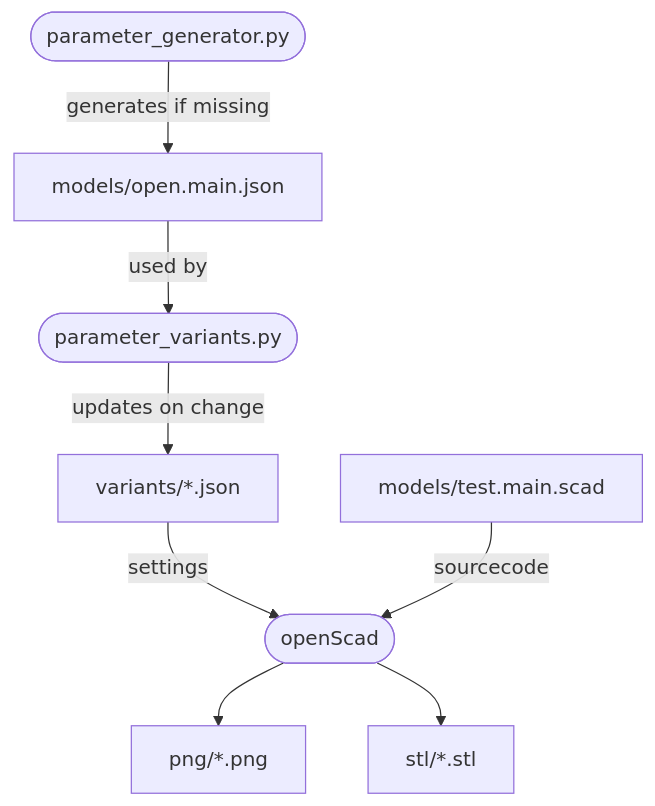
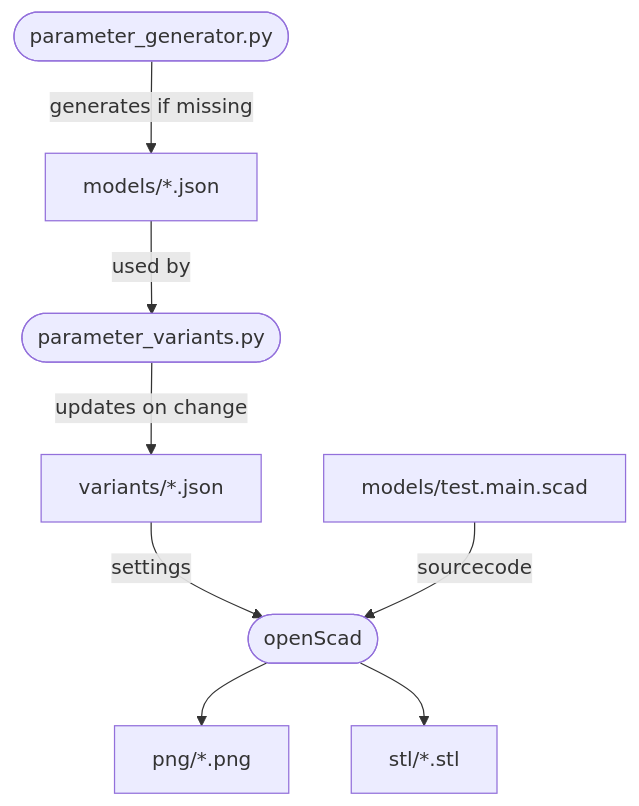
The diagram in README.md (mofosyne/openscad-makefile), drawn with Mermaid before and after one commit.

Commit message:
quick correction

````diff
--- a/README.md
+++ b/README.md
@@ -31,13 +31,13 @@
 ```mermaid
 graph TD
     paramGen(["parameter_generator.py"])     -- generates if missing  --> paramSettings
-    paramSettings["models/open.main.json"]   -- used by    --> paramVariants
+    paramSettings["models/*.json"]           -- used by    --> paramVariants
     paramVariants(["parameter_variants.py"]) -- updates on change  --> variants
     variants["variants/*.json"]              -- settings   --> scadGen
     sourcecode["models/test.main.scad"]      -- sourcecode --> scadGen
     scadGen(["openScad"])
     scadGen                                  --> png
     scadGen                                  --> stl
     png["png/*.png"];
     stl["stl/*.stl"];
 ```
````
